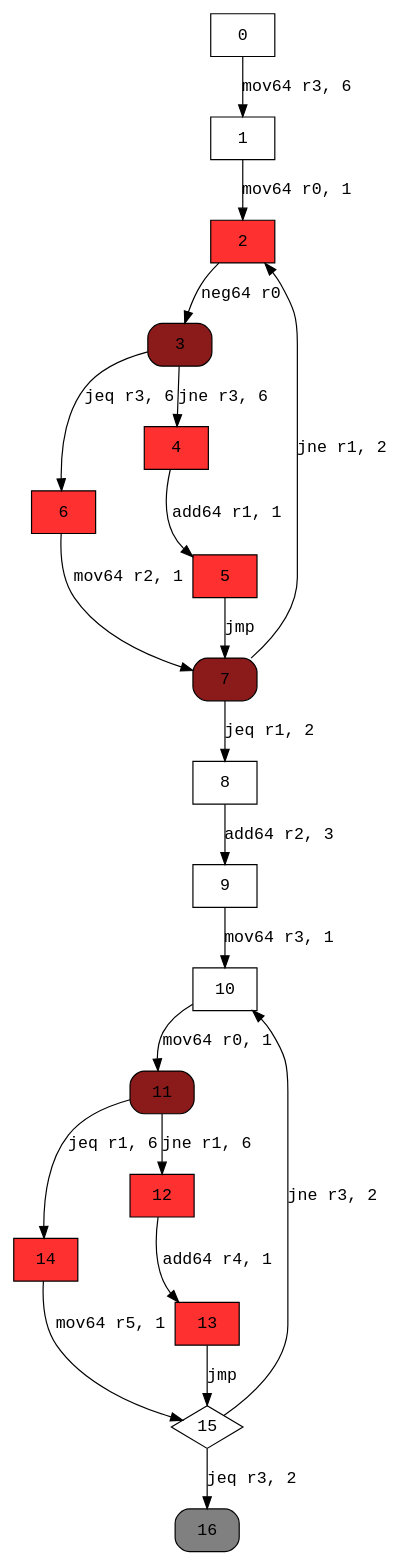
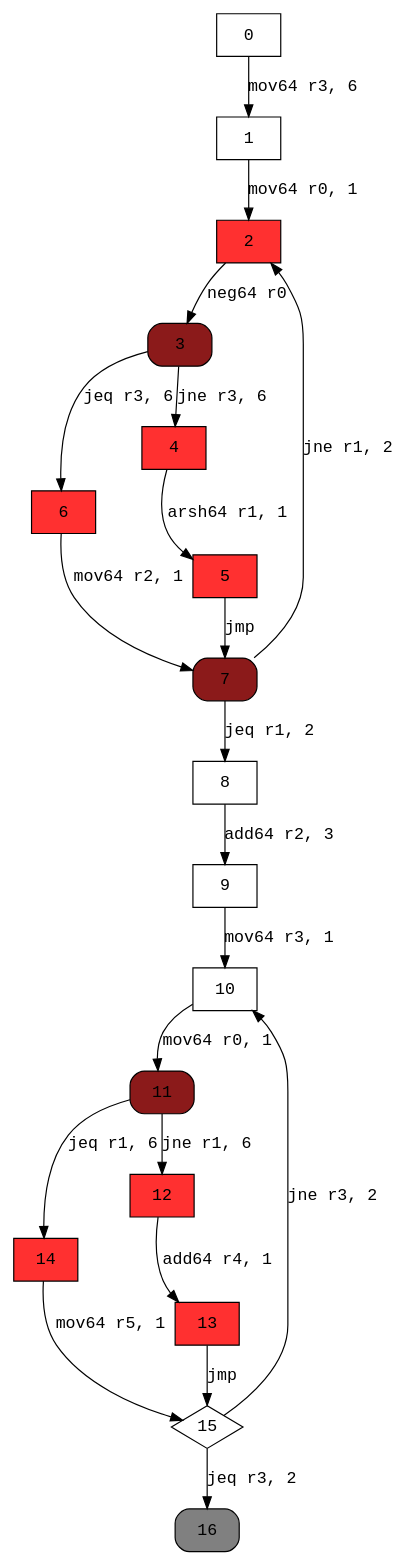
Before and after one commit to XicoCorreia/Information-Flow-Analysis-Thesis: the diagram in examples/graphs/doWhileIfNested.dot, drawn with Graphviz. The commit also changed 16 other files, not shown here.

```diff
--- a/examples/graphs/doWhileIfNested.dot
+++ b/examples/graphs/doWhileIfNested.dot
@@ -1,37 +1,37 @@
 digraph cfg { 
 node [fontname="monospace"];
 node [shape=box];
 edge [fontname="monospace"];
   0 -> 1 [label="mov64 r3, 6"];
   1 -> 2 [label="mov64 r0, 1"];
   2 -> 3 [label="neg64 r0"];
   3 -> 6 [label="jeq r3, 6"];
   3 -> 4 [label="jne r3, 6"];
-  4 -> 5 [label="add64 r1, 1"];
+  4 -> 5 [label="arsh64 r1, 1"];
   5 -> 7 [label="jmp"];
   6 -> 7 [label="mov64 r2, 1"];
   7 -> 8 [label="jeq r1, 2"];
   7 -> 2 [label="jne r1, 2"];
   8 -> 9 [label="add64 r2, 3"];
   9 -> 10 [label="mov64 r3, 1"];
   10 -> 11 [label="mov64 r0, 1"];
   11 -> 14 [label="jeq r1, 6"];
   11 -> 12 [label="jne r1, 6"];
   12 -> 13 [label="add64 r4, 1"];
   13 -> 15 [label="jmp"];
   14 -> 15 [label="mov64 r5, 1"];
   15 -> 16 [label="jeq r3, 2"];
   15 -> 10 [label="jne r3, 2"];
 2 [style=filled,fillcolor=firebrick1];
 3 [style="rounded,filled",fillcolor=firebrick4];
 4 [style=filled,fillcolor=firebrick1];
 5 [style=filled,fillcolor=firebrick1];
 6 [style=filled,fillcolor=firebrick1];
 7 [style="rounded,filled",fillcolor=firebrick4];
 11 [style="rounded,filled",fillcolor=firebrick4];
 12 [style=filled,fillcolor=firebrick1];
 13 [style=filled,fillcolor=firebrick1];
 14 [style=filled,fillcolor=firebrick1];
 15 [shape=diamond];
 16 [style="rounded,filled",fillcolor=grey];
 }
```
